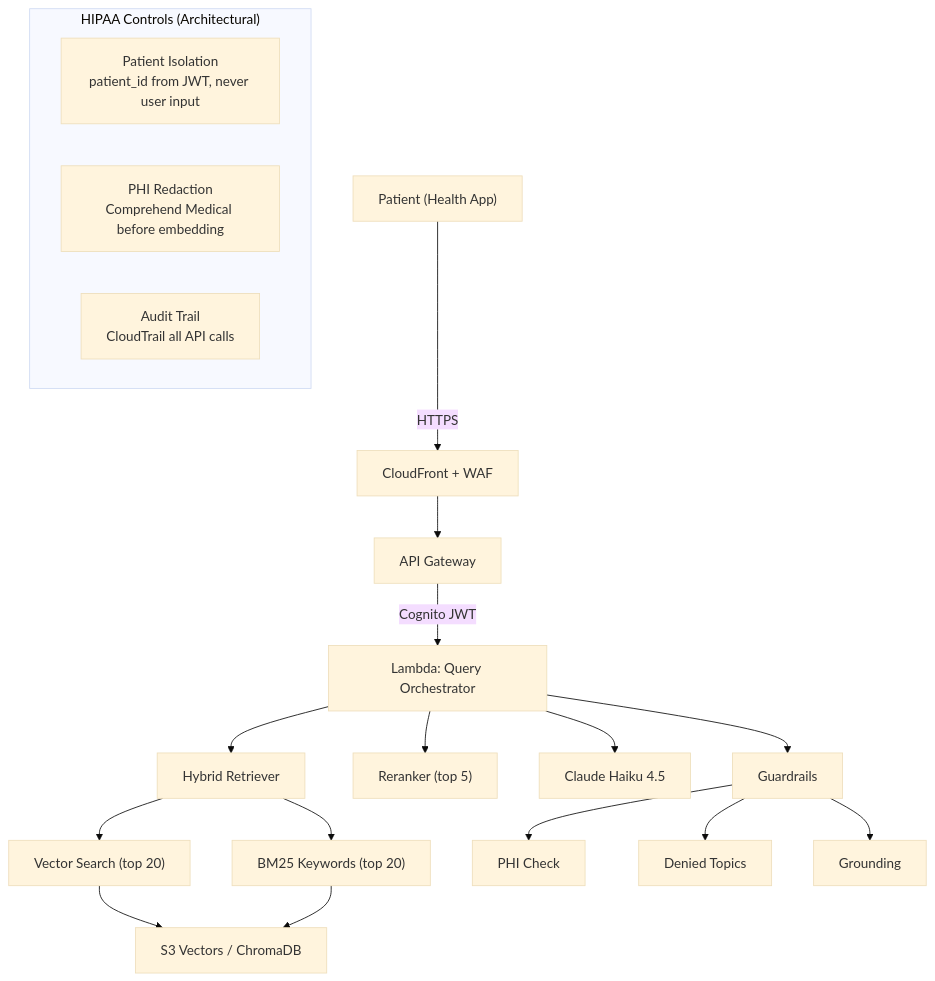
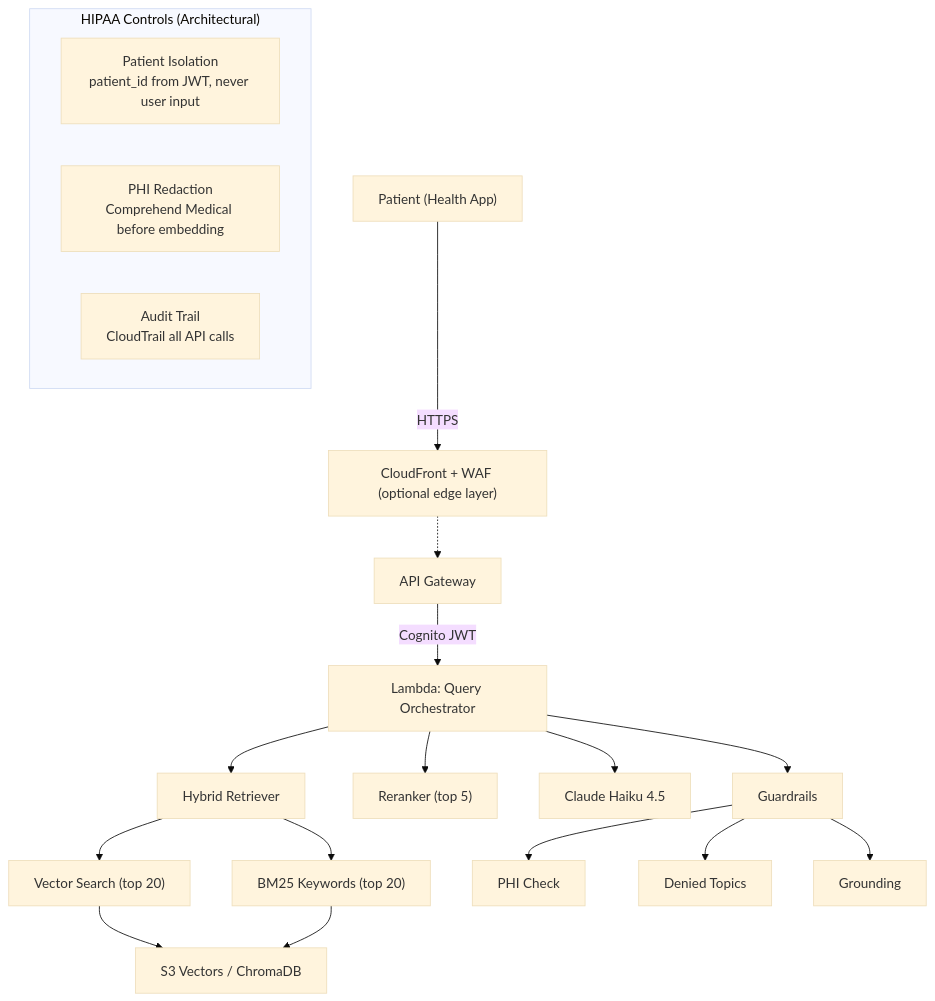
Before and after one commit to melroyanthony/healthstream-rag: the diagram in README.md, drawn with Mermaid (base theme). The commit also changed other lines of this file and 4 other files, not shown here.

````diff
--- a/README.md
+++ b/README.md
@@ -27,25 +27,25 @@
 ```mermaid
 graph TB
-    Patient["Patient (Health App)"] -->|HTTPS| CF["CloudFront + WAF"]
-    CF --> APIGW["API Gateway"]
+    Patient["Patient (Health App)"] -->|HTTPS| CF["CloudFront + WAF (optional edge layer)"]
+    CF -.-> APIGW["API Gateway"]
     APIGW -->|Cognito JWT| Lambda["Lambda: Query Orchestrator"]
 
     Lambda --> HR["Hybrid Retriever"]
     HR --> VR["Vector Search (top 20)"]
     HR --> BM["BM25 Keywords (top 20)"]
     VR --> S3V["S3 Vectors / ChromaDB"]
     BM --> S3V
 
     Lambda --> RR["Reranker (top 5)"]
     Lambda --> LLM["Claude Haiku 4.5"]
     Lambda --> GR["Guardrails"]
     GR --> PHI["PHI Check"]
     GR --> TOPIC["Denied Topics"]
     GR --> GROUND["Grounding"]
 
     subgraph "HIPAA Controls (Architectural)"
         ISO["Patient Isolation<br/>patient_id from JWT, never user input"]
         REDACT["PHI Redaction<br/>Comprehend Medical before embedding"]
         AUDIT["Audit Trail<br/>CloudTrail all API calls"]
     end
 ```
````
